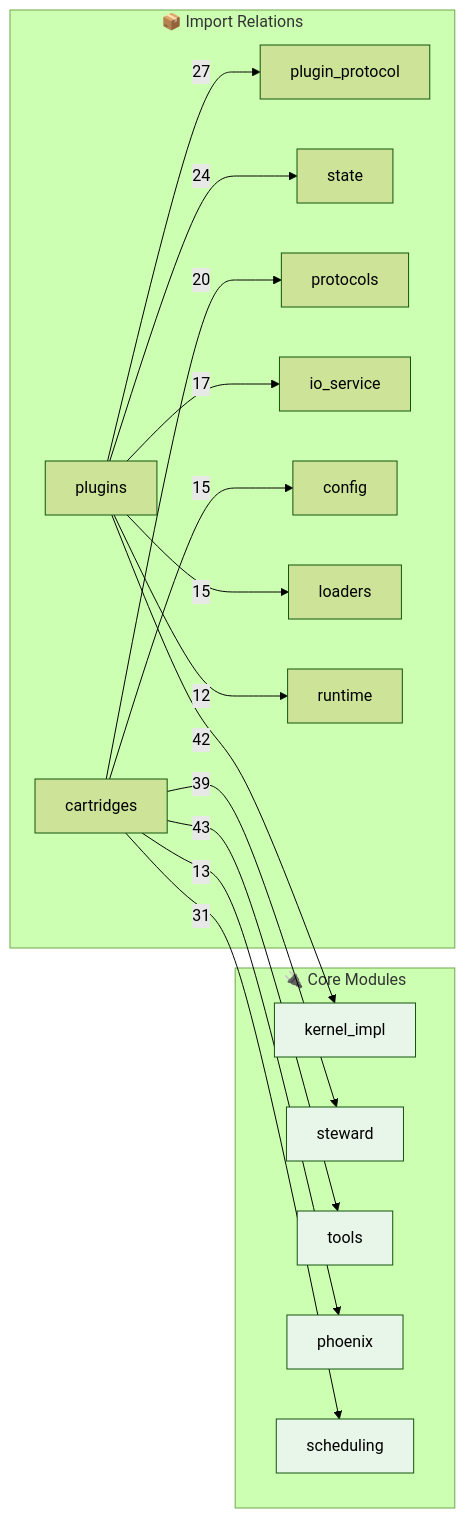
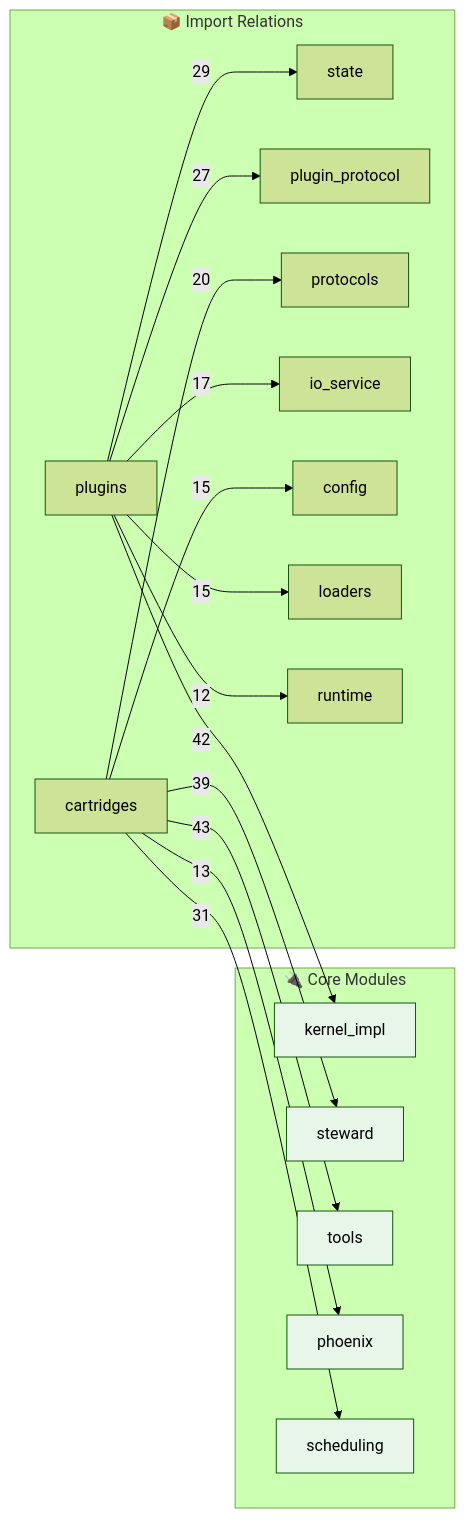
Before and after one commit to kimeisele/steward-protocol: the second of 2 diagrams in OPUS.md, drawn with Mermaid (forest theme). The commit also changed other lines of this file and 16 other files, not shown here.

````diff
--- a/OPUS.md
+++ b/OPUS.md
@@ -684,31 +684,31 @@
 ```mermaid
 flowchart LR
     subgraph Core["🔌 Core Modules"]
         kernel_impl[kernel_impl]
         steward[steward]
         tools[tools]
         phoenix[phoenix]
         scheduling[scheduling]
     end
 
     subgraph Edges["📦 Import Relations"]
         cartridges -->|43| tools
         plugins -->|42| kernel_impl
         cartridges -->|39| steward
         cartridges -->|31| scheduling
+        plugins -->|29| state
         plugins -->|27| plugin_protocol
-        plugins -->|24| state
         cartridges -->|20| protocols
         plugins -->|17| io_service
         cartridges -->|15| config
         plugins -->|15| loaders
         cartridges -->|13| phoenix
         plugins -->|12| runtime
     end
 
     style kernel_impl fill:#e8f5e9
     style steward fill:#e8f5e9
     style tools fill:#e8f5e9
     style phoenix fill:#e8f5e9
     style scheduling fill:#e8f5e9
 ```
````
